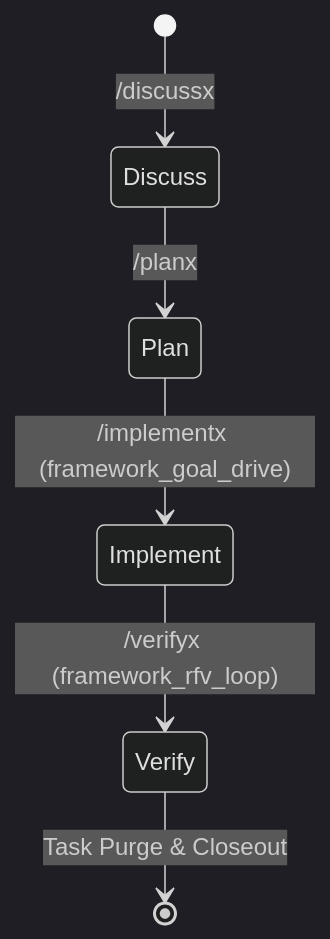
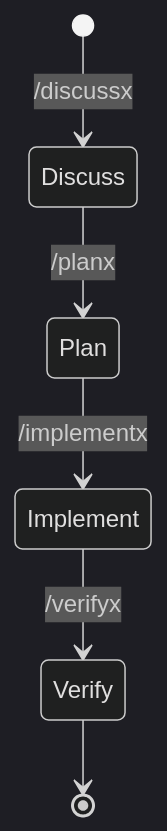
Before and after one commit to yizhoupan3-debug/skill: the second of 2 diagrams in AGENTS_CLAUDE.md, drawn with Mermaid (dark theme). The commit also changed other lines of this file and 206 other files, not shown here.

````diff
--- a/AGENTS_CLAUDE.md
+++ b/AGENTS_CLAUDE.md
@@ -88,8 +42,8 @@
 ```mermaid
 stateDiagram-v2
     [*] --> Discuss: /discussx
     Discuss --> Plan: /planx
-    Plan --> Implement: /implementx (framework_goal_drive)
-    Implement --> Verify: /verifyx (framework_rfv_loop)
-    Verify --> [*]: Task Purge & Closeout
+    Plan --> Implement: /implementx
+    Implement --> Verify: /verifyx
+    Verify --> [*]
 ```
````
